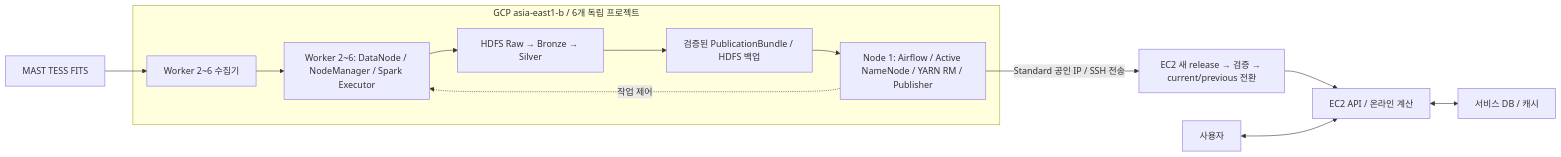
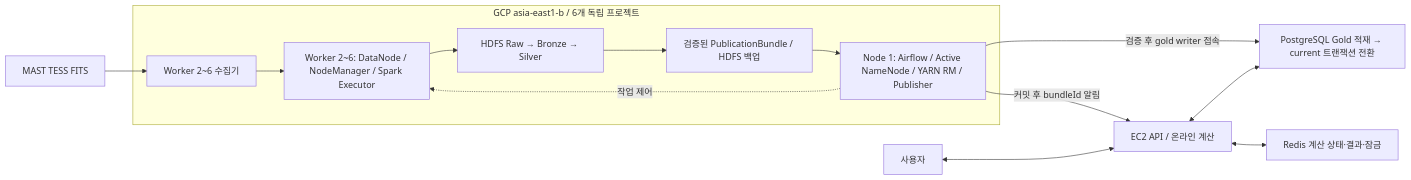
One commit to baekseunghak/planetory changed the diagram in docs/architecture/gcp-distributed-infrastructure.md. Above: the diagram before and after it, drawn with Mermaid. The commit also changed 22 other files, not shown here.

Commit message:
docs(architecture): Gold 적재 및 온라인 계산 경계 확정

````diff
--- a/docs/architecture/gcp-distributed-infrastructure.md
+++ b/docs/architecture/gcp-distributed-infrastructure.md
@@ -11,16 +11,17 @@
 ```mermaid
 flowchart LR
   MAST[MAST TESS FITS] --> W[Worker 2~6 수집기]
   subgraph GCP[GCP asia-east1-b / 6개 독립 프로젝트]
     M[Node 1: Airflow / Active NameNode / YARN RM / Publisher]
     W --> H[Worker 2~6: DataNode / NodeManager / Spark Executor]
     M -.작업 제어.-> H
     H --> L[HDFS Raw → Bronze → Silver]
     L --> P[검증된 PublicationBundle / HDFS 백업]
     P --> M
   end
-  M -->|Standard 공인 IP / SSH 전송| E[EC2 새 release → 검증 → current/previous 전환]
-  E --> API[EC2 API / 온라인 계산]
-  API <--> DB[서비스 DB / 캐시]
+  M -->|검증 후 gold writer 접속| DB[PostgreSQL Gold 적재 → current 트랜잭션 전환]
+  M -->|커밋 후 bundleId 알림| API[EC2 API / 온라인 계산]
+  API <--> DB
+  API <--> R[Redis 계산 상태·결과·잠금]
   U[사용자] <--> API
 ```
````
